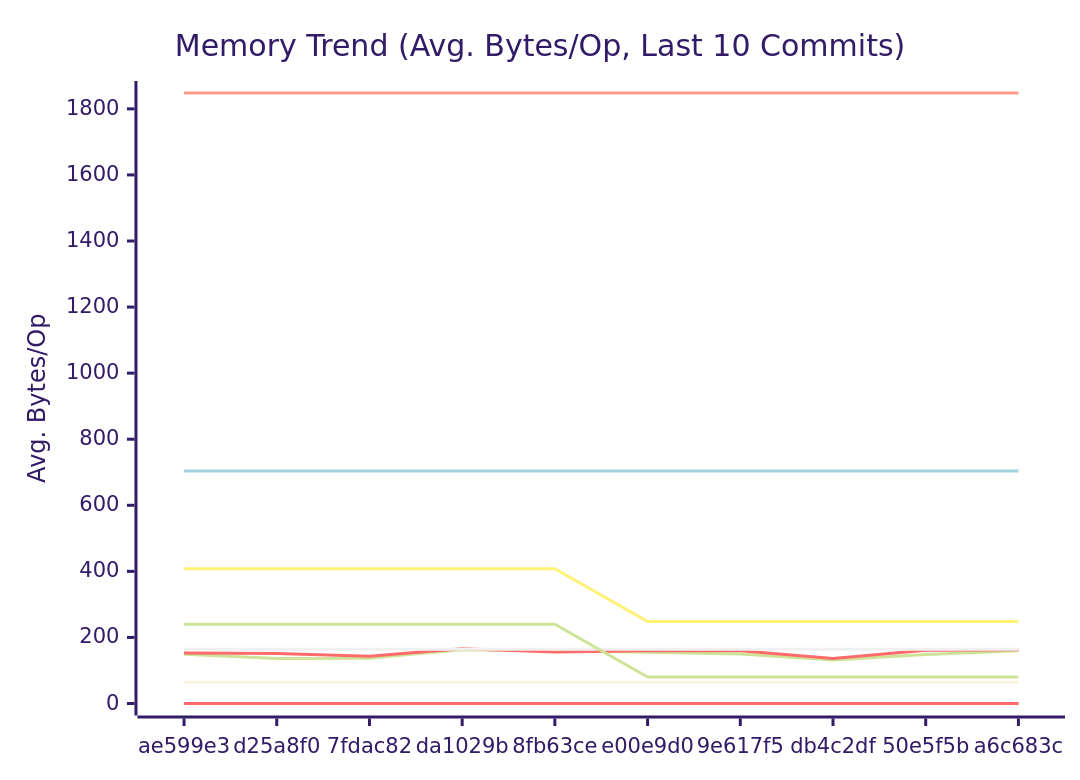
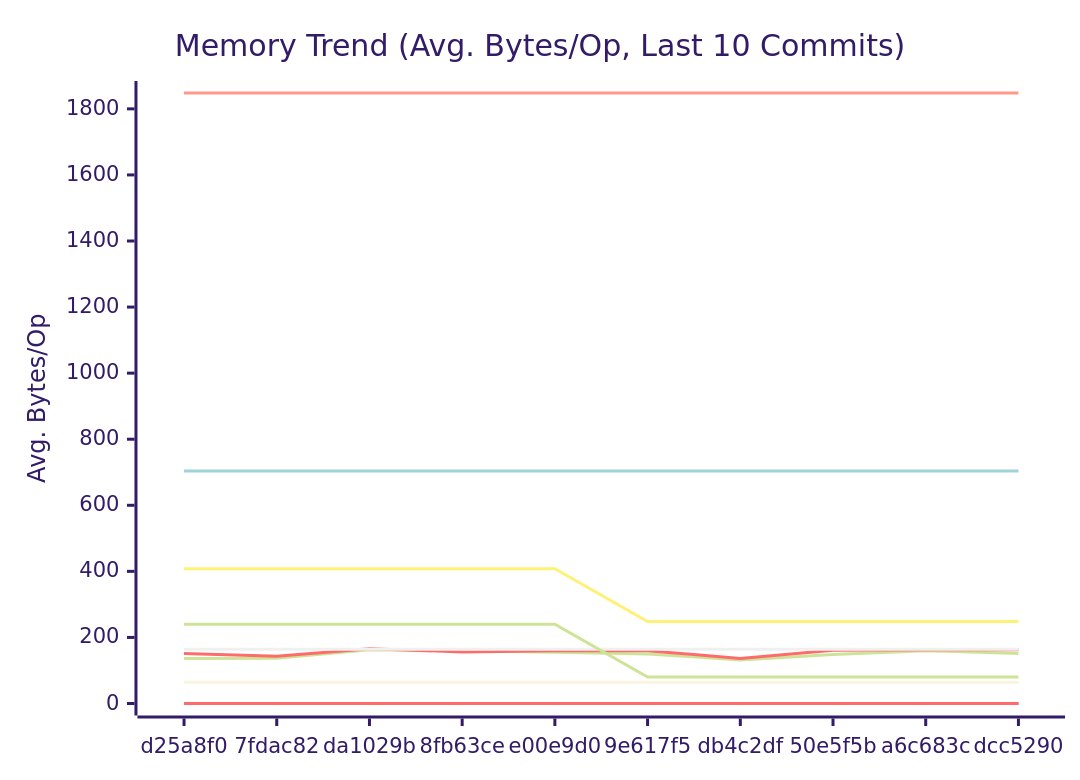
The second of 3 diagrams in docs/PERFORMANCE.md (alsotoes/momo), drawn with Mermaid (forest theme) before and after one commit. The commit also changed other lines of this file and 2 other files, not shown here.

````diff
--- a/docs/PERFORMANCE.md
+++ b/docs/PERFORMANCE.md
@@ -171,20 +171,20 @@
 ```mermaid
 xychart-beta
     title "Memory Trend (Avg. Bytes/Op, Last 10 Commits)"
     x-axis "Commit"
     y-axis "Avg. Bytes/Op"
-    x-axis [ae599e3,d25a8f0,7fdac82,da1029b,8fb63ce,e00e9d0,9e617f5,db4c2df,50e5f5b,a6c683c]
-    line "AWSChunkedReaderSigned" [149,136,137,163,160,155,150,132,148,160]
-    line "AWSChunkedReaderUnsigned" [153,151,143,166,156,160,160,136,161,163]
+    x-axis [d25a8f0,7fdac82,da1029b,8fb63ce,e00e9d0,9e617f5,db4c2df,50e5f5b,a6c683c,dcc5290]
+    line "AWSChunkedReaderSigned" [136,137,163,160,155,150,132,148,160,151]
+    line "AWSChunkedReaderUnsigned" [151,143,166,156,160,160,136,161,163,163]
     line "CheckMetricsAndSwap" [0,0,0,0,0,0,0,0,0,0]
     line "CrushOptimized" [0,0,0,0,0,0,0,0,0,0]
     line "CrushOriginal" [164,164,164,164,164,164,164,164,164,164]
     line "IndexDirectTracking" [0,0,0,0,0,0,0,0,0,0]
     line "IndexSearch" [0,0,0,0,0,0,0,0,0,0]
     line "LoadGlobalConfig" [1848,1848,1848,1848,1848,1848,1848,1848,1848,1848]
     line "PadString" [64,64,64,64,64,64,64,64,64,64]
     line "ParseReplicationOrder_NoPrealloc" [408,408,408,408,408,248,248,248,248,248]
     line "ParseReplicationOrder_Prealloc" [240,240,240,240,240,80,80,80,80,80]
     line "SanitizeLog/Safe" [0,0,0,0,0,0,0,0,0,0]
     line "SanitizeLog/Unsafe" [704,704,704,704,704,704,704,704,704,704]
 ```
````
